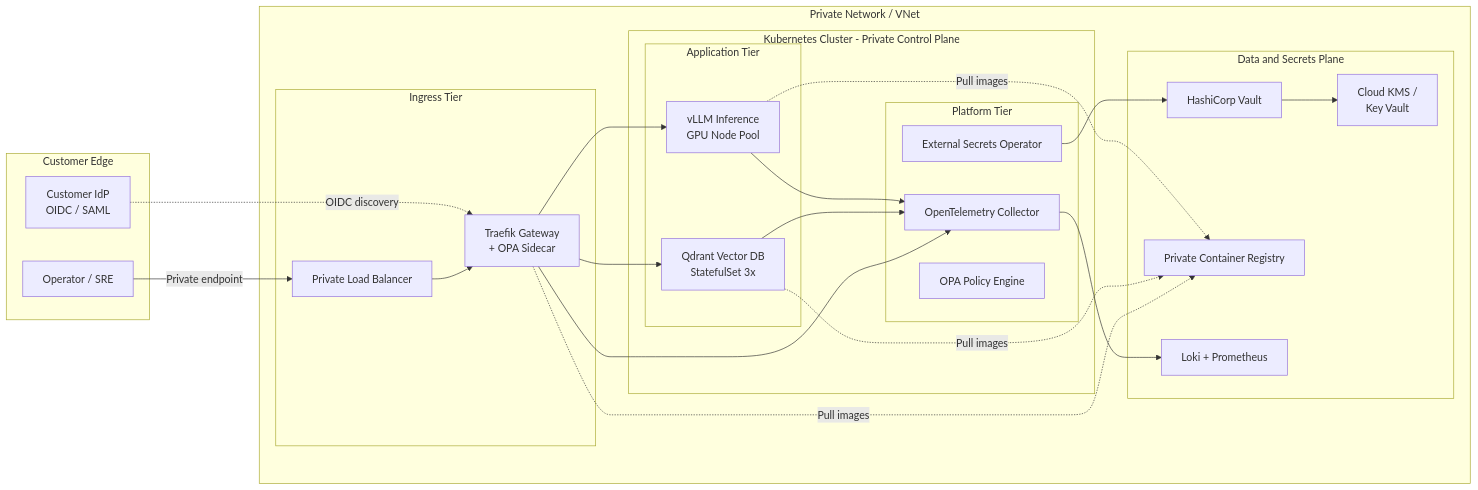
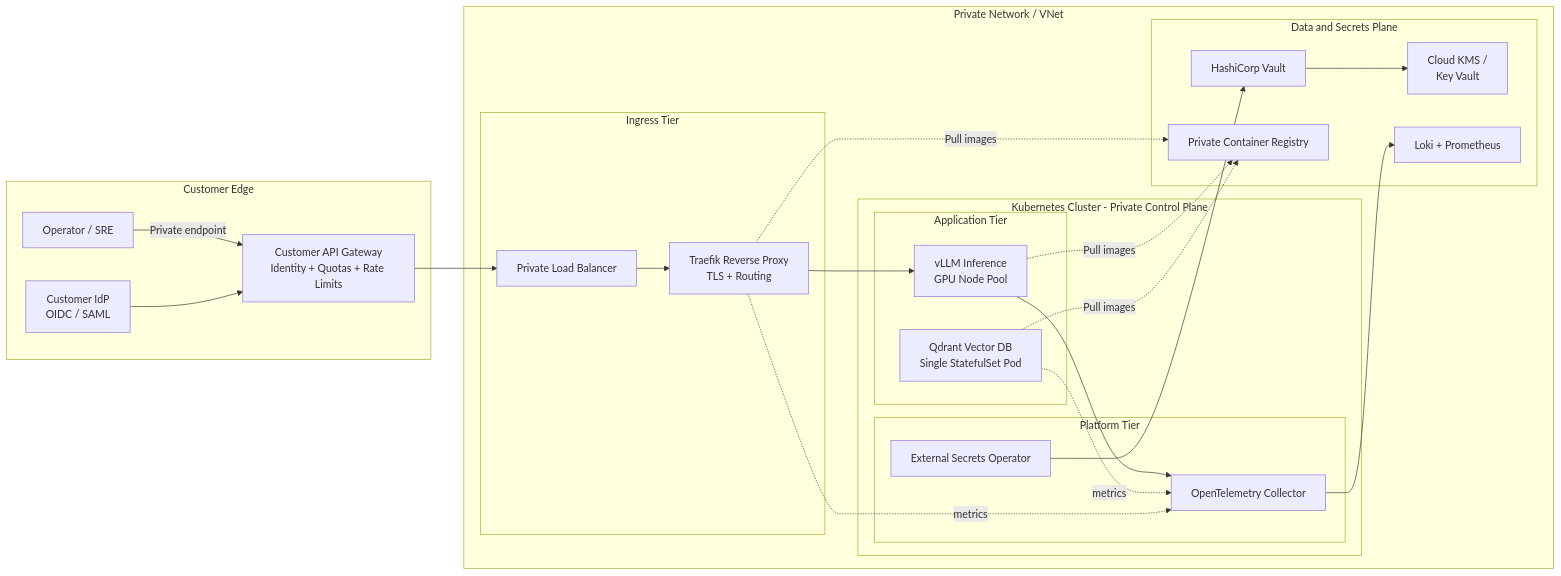
The diagram in README.md (KIM3310/llm-onprem-deployment-kit), drawn with Mermaid before and after one commit. The commit also changed other lines of this file and 48 other files, not shown here.

````diff
--- a/README.md
+++ b/README.md
@@ -115,48 +115,48 @@
 ```mermaid
 flowchart LR
     subgraph CustomerEdge[Customer Edge]
         IdP[Customer IdP<br/>OIDC / SAML]
+        Access[Customer API Gateway<br/>Identity + Quotas + Rate Limits]
         OpsUser[Operator / SRE]
     end
 
     subgraph PrivateNetwork[Private Network / VNet]
         subgraph IngressTier[Ingress Tier]
             PLB[Private Load Balancer]
-            TRAEFIK[Traefik Gateway<br/>+ OPA Sidecar]
+            TRAEFIK[Traefik Reverse Proxy<br/>TLS + Routing]
         end
 
         subgraph K8sCluster[Kubernetes Cluster - Private Control Plane]
             subgraph AppTier[Application Tier]
                 VLLM[vLLM Inference<br/>GPU Node Pool]
-                QDRANT[Qdrant Vector DB<br/>StatefulSet 3x]
+                QDRANT[Qdrant Vector DB<br/>Single StatefulSet Pod]
             end
             subgraph PlatformTier[Platform Tier]
                 OTEL[OpenTelemetry Collector]
                 ESO[External Secrets Operator]
-                OPA[OPA Policy Engine]
             end
         end
 
         subgraph DataPlane[Data and Secrets Plane]
             KMS[Cloud KMS /<br/>Key Vault]
             VAULT[HashiCorp Vault]
             REGISTRY[Private Container Registry]
             LOG[Loki + Prometheus]
         end
     end
 
-    OpsUser -->|Private endpoint| PLB
-    IdP -.->|OIDC discovery| TRAEFIK
+    OpsUser -->|Private endpoint| Access
+    IdP --> Access
+    Access --> PLB
     PLB --> TRAEFIK
     TRAEFIK --> VLLM
-    TRAEFIK --> QDRANT
     VLLM --> OTEL
-    QDRANT --> OTEL
-    TRAEFIK --> OTEL
+    QDRANT -. metrics .-> OTEL
+    TRAEFIK -. metrics .-> OTEL
     OTEL --> LOG
     ESO --> VAULT
     VAULT --> KMS
     VLLM -.->|Pull images| REGISTRY
     QDRANT -.->|Pull images| REGISTRY
     TRAEFIK -.->|Pull images| REGISTRY
 ```
````
